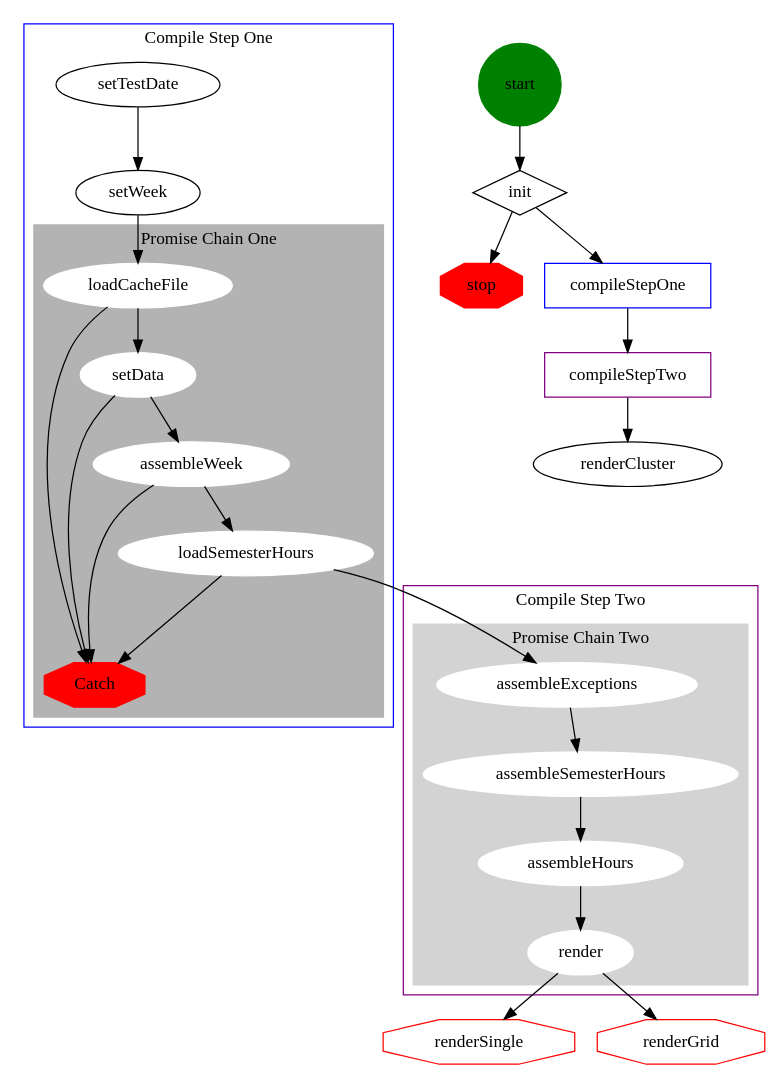
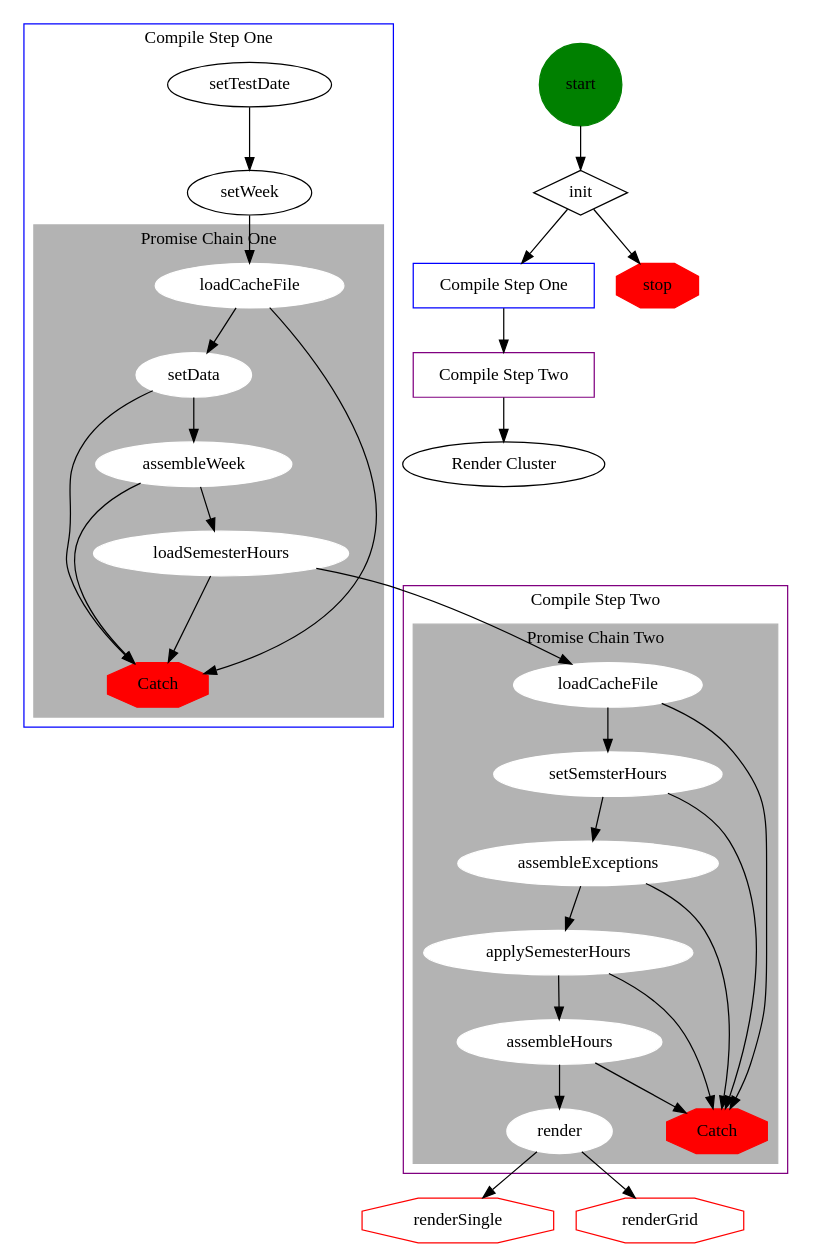
Before and after one commit to MITLibraries/MITlibraries-parent: the diagram in docs/hours-loader.dot, drawn with Graphviz. The commit also changed 2 other files, not shown here.

Commit message:
Builds out (and renames) applySemesterHours method

```diff
--- a/docs/hours-loader.dot
+++ b/docs/hours-loader.dot
@@ -1,75 +1,97 @@
 digraph G {
 	subgraph cluster_1 {
 		label = "Compile Step One";
 		color=blue;
-		setTestDate -> setWeek -> loadCacheFile
+		setTestDate -> setWeek -> loadCacheFile1
 
 		subgraph cluster_2 {
 			label="Promise Chain One";
 			style=filled;
 			color=grey70;
 			node [style=filled,color=white];
-			loadCacheFile -> setData -> assembleWeek -> loadSemesterHours
-			loadCacheFile -> error1
+			loadCacheFile1 -> setData -> assembleWeek -> loadSemesterHours
+			loadCacheFile1 -> error1
 			setData -> error1
 			assembleWeek -> error1
 			loadSemesterHours -> error1
 		}
 	}
 
 	subgraph cluster_3 {
 		label = "Compile Step Two";
 		color = purple;
 
 		subgraph cluster_3 {
 			style=filled;
-			color=lightgrey;
+			color=grey70;
 			node [style=filled,color=white];
-			assembleExceptions -> assembleSemesterHours -> assembleHours -> render
+			loadCacheFile2 -> setSemsterHours -> assembleExceptions -> applySemesterHours -> assembleHours -> render
+			loadCacheFile2 -> error2
+			setSemsterHours -> error2
+			assembleExceptions -> error2
+			applySemesterHours -> error2
+			assembleHours -> error2
 			label = "Promise Chain Two";
 		}
 	}
 
 	start -> init
 	init -> compileStepOne
 	compileStepOne -> compileStepTwo
 	compileStepTwo -> renderCluster
 	init -> stop;
-	loadSemesterHours -> assembleExceptions
+	loadSemesterHours -> loadCacheFile2
 	render -> renderSingle
 	render -> renderGrid
 
 	compileStepOne [
 		shape=box,
-		color=blue
+		color=blue,
+		label="Compile Step One"
 	];
 	compileStepTwo [
 		shape=box,
-		color=purple
+		color=purple,
+		label="Compile Step Two"
 	];
 	error1 [
+		style=filled,
+		shape=octagon,
+		color=red,
+		label="Catch"
+	];
+	error2 [
 		style=filled,
 		shape=octagon,
 		color=red,
 		label="Catch"
 	];
 	init [
 		shape=diamond
 	];
-	loadCacheFile [
+	loadCacheFile1 [
 		style=filled,
 		color=white
+		label="loadCacheFile"
+	];
+	loadCacheFile2 [
+		style=filled,
+		color=white
+		label="loadCacheFile"
+	];
+	renderCluster [
+		label="Render Cluster"
 	];
 	start [
 		style=filled,
 		shape=circle,
 		color=green
 	];
 	stop [
 		style=filled,
 		shape=octagon,
 		color=red
 	];
 	renderSingle [shape=octagon,color=red];
 	renderGrid [shape=octagon,color=red];
 }
```
